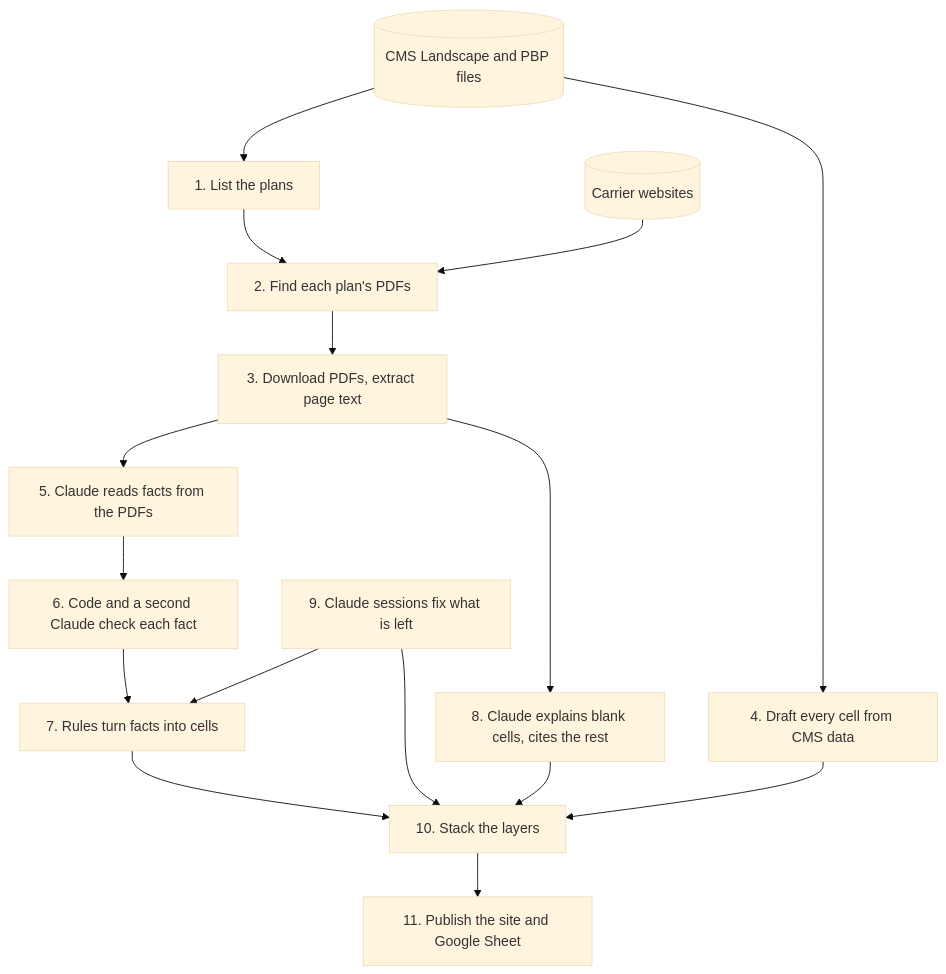
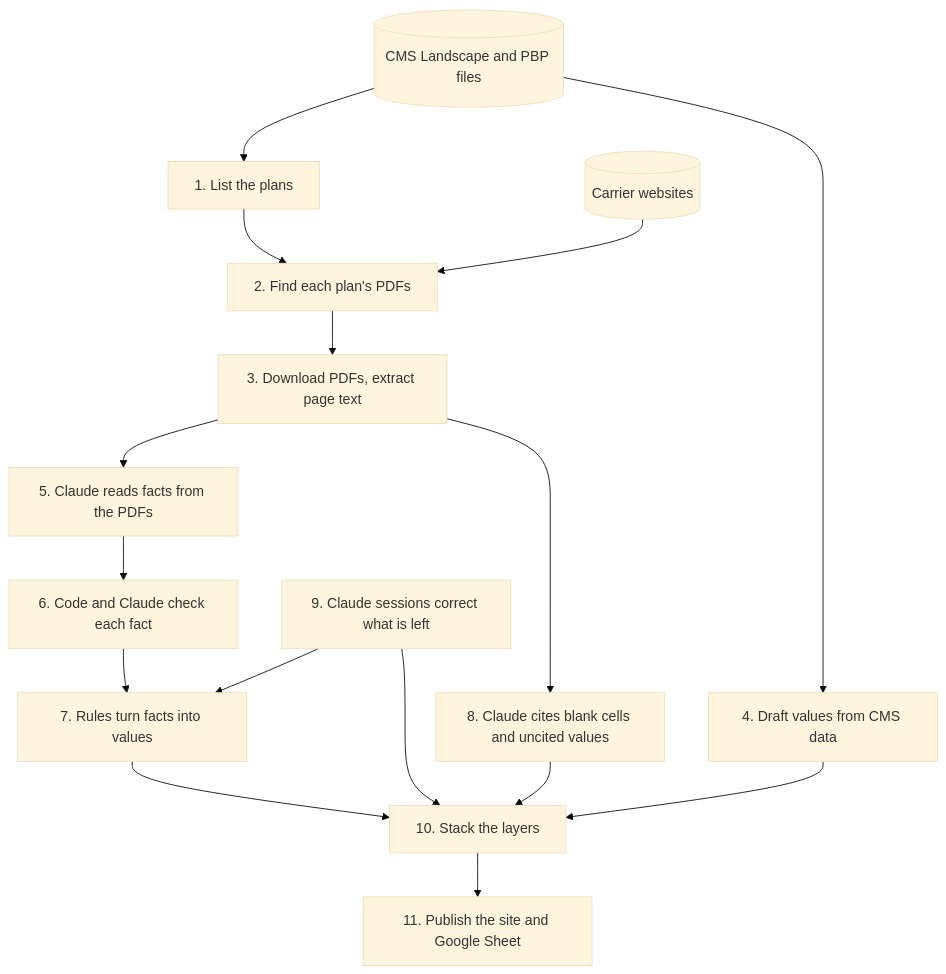
Before and after one commit to rosenhouse-bot-sandbox/shiba-data: the diagram in docs/pipeline.md, drawn with Mermaid (base theme). The commit also changed other lines of this file, not shown here.

````diff
--- a/docs/pipeline.md
+++ b/docs/pipeline.md
@@ -43,18 +44,18 @@
 ```mermaid
 flowchart TD
   cms[(CMS Landscape and PBP files)] --> plans[1. List the plans]
   carriers[(Carrier websites)] --> find[2. Find each plan's PDFs]
   plans --> find
   find --> text[3. Download PDFs, extract page text]
-  cms --> draft[4. Draft every cell from CMS data]
+  cms --> draft[4. Draft values from CMS data]
   text --> read[5. Claude reads facts from the PDFs]
-  read --> check[6. Code and a second Claude check each fact]
-  check --> present[7. Rules turn facts into cells]
-  text --> blanks[8. Claude explains blank cells, cites the rest]
+  read --> check[6. Code and Claude check each fact]
+  check --> present[7. Rules turn facts into values]
+  text --> blanks[8. Claude cites blank cells and uncited values]
   draft --> stack[10. Stack the layers]
   present --> stack
   blanks --> stack
-  fix[9. Claude sessions fix what is left] --> present
+  fix[9. Claude sessions correct what is left] --> present
   fix --> stack
   stack --> publish[11. Publish the site and Google Sheet]
 ```
````
